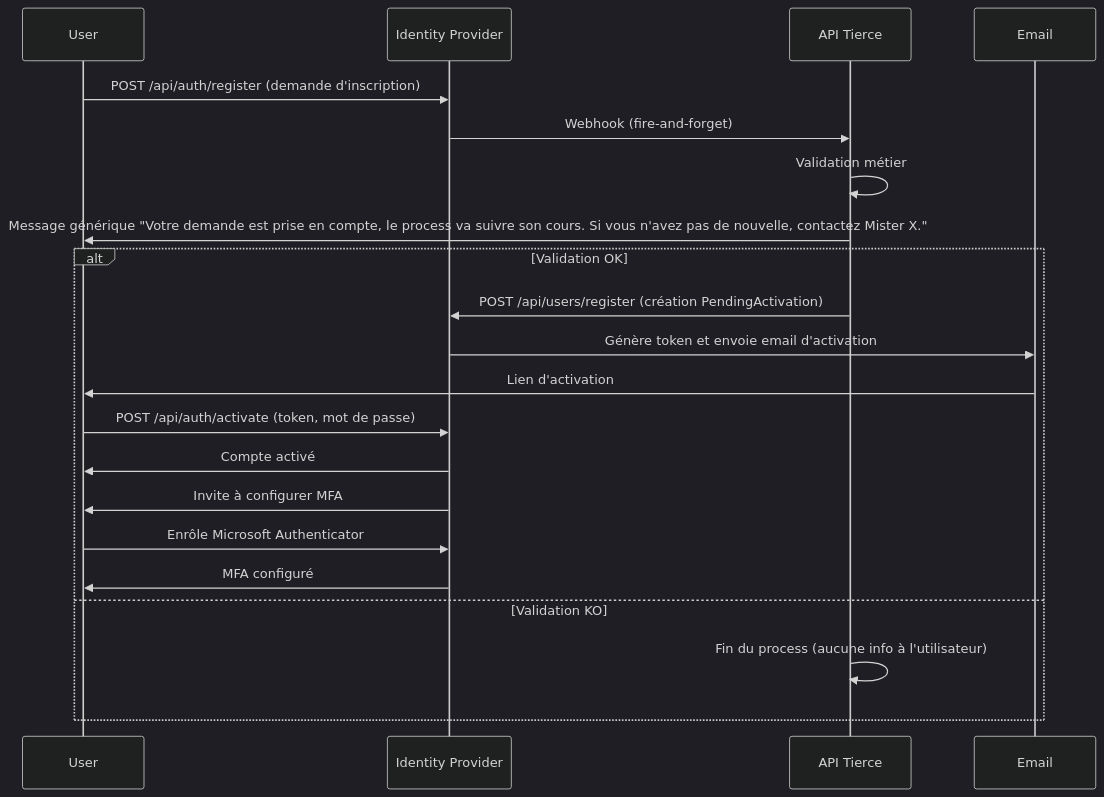
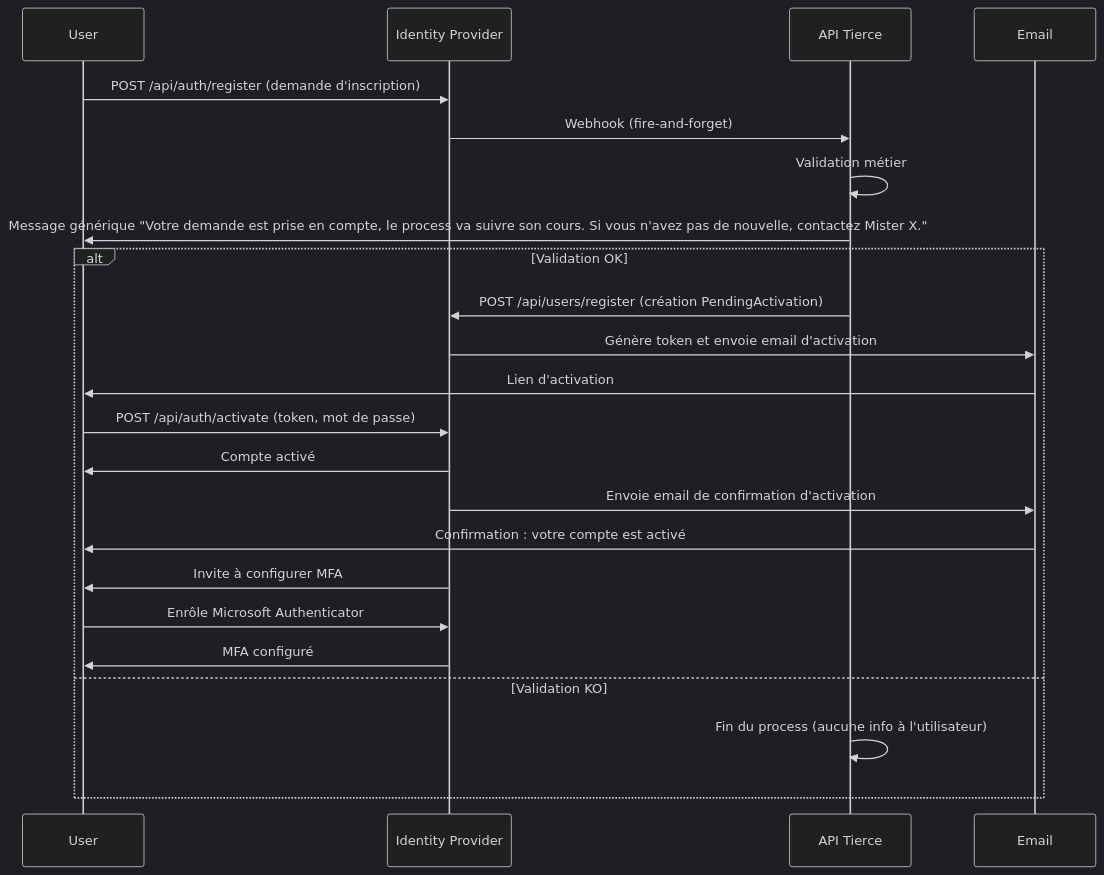
The third of 12 diagrams in docs/identity-flows-mermaid-mfa.md (FantasticJoho/johodp), drawn with Mermaid (dark theme) before and after one commit. The commit also changed other lines of this file and 1 other file, not shown here.

Commit message:
feat: Add email confirmation steps for account activation and password reset flows in identity diagrams

````diff
--- a/docs/identity-flows-mermaid-mfa.md
+++ b/docs/identity-flows-mermaid-mfa.md
@@ -45,24 +49,26 @@
 ```mermaid
 sequenceDiagram
     participant User
     participant IdP as Identity Provider
     participant ApiTierce as API Tierce
     participant Email
 
     User->>IdP: POST /api/auth/register (demande d'inscription)
     IdP->>ApiTierce: Webhook (fire-and-forget)
     ApiTierce->>ApiTierce: Validation métier
     ApiTierce->>User: Message générique "Votre demande est prise en compte, le process va suivre son cours. Si vous n'avez pas de nouvelle, contactez Mister X."
     alt Validation OK
         ApiTierce->>IdP: POST /api/users/register (création PendingActivation)
         IdP->>Email: Génère token et envoie email d'activation
         Email->>User: Lien d'activation
         User->>IdP: POST /api/auth/activate (token, mot de passe)
-        IdP->>User: Compte activé
-        IdP->>User: Invite à configurer MFA
+            IdP->>User: Compte activé
+            IdP->>Email: Envoie email de confirmation d'activation
+            Email->>User: Confirmation : votre compte est activé
+            IdP->>User: Invite à configurer MFA
         User->>IdP: Enrôle Microsoft Authenticator
         IdP->>User: MFA configuré
     else Validation KO
         ApiTierce->>ApiTierce: Fin du process (aucune info à l'utilisateur)
     end
 ```
````
